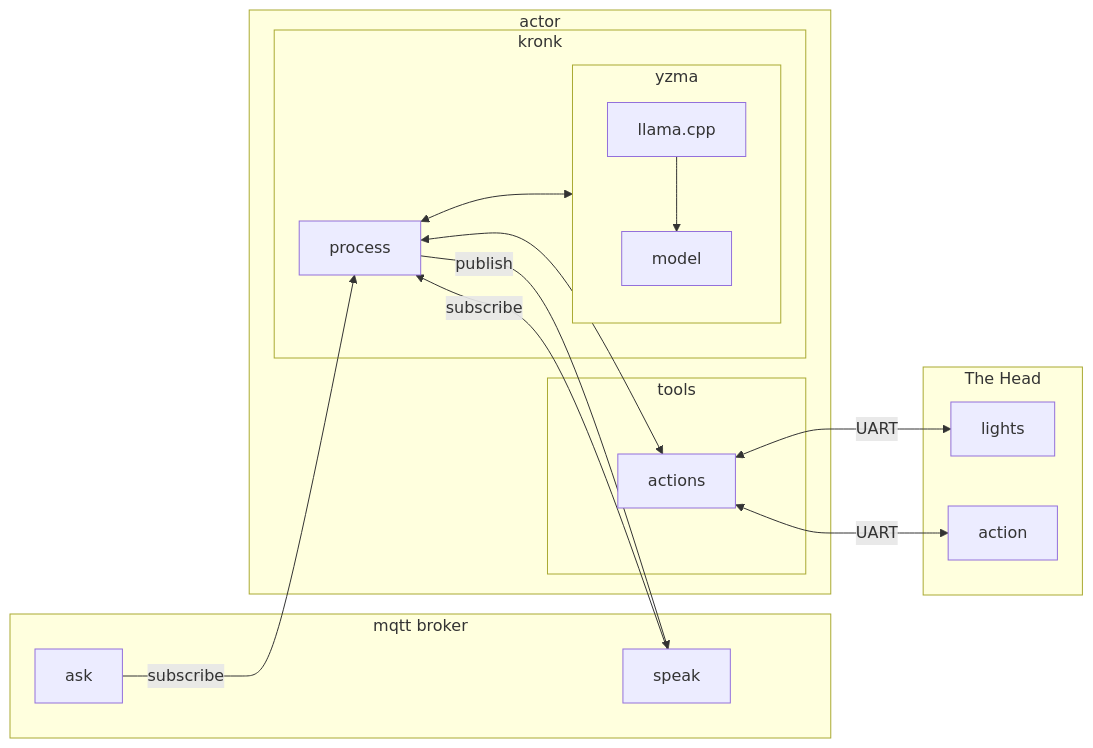
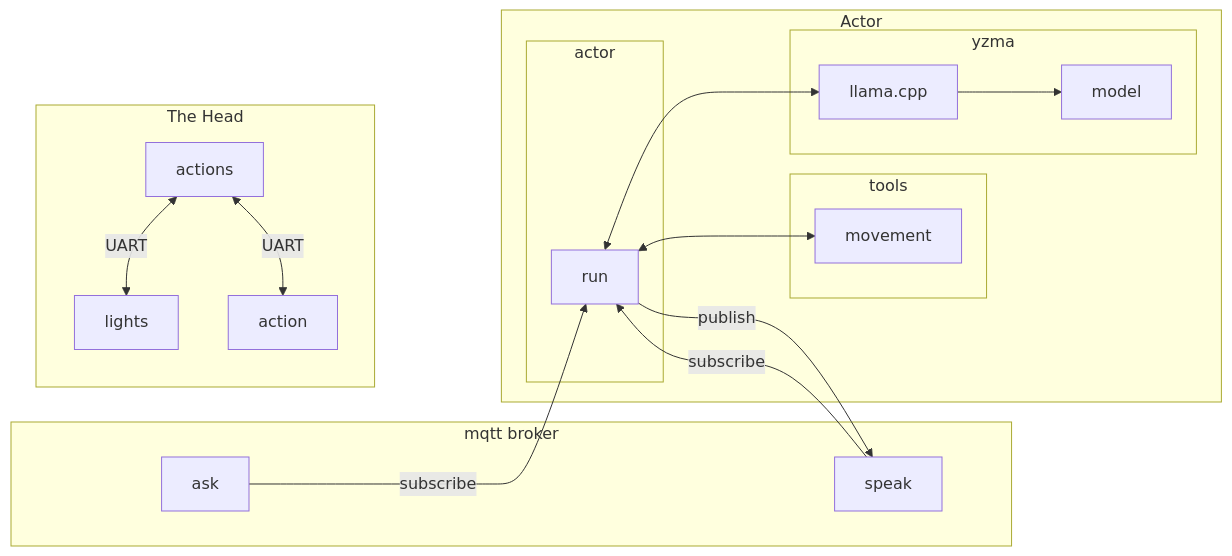
The second of 6 diagrams in README.md (deadprogram/talkingheads), drawn with Mermaid before and after one commit. The commit also changed other lines of this file, not shown here.

Commit message:
docs: update diagram and other useful information

````diff
--- a/README.md
+++ b/README.md
@@ -39,27 +39,26 @@
 ```mermaid
 flowchart LR
 subgraph mqtt broker
     ask
     speak
 end
-subgraph actor
-    subgraph kronk
-        process<-->yzma
+subgraph Actor
+    subgraph actor
+        run
     end
     subgraph tools
-        process<-->actions
-        actions
+        run<-->movement
     end
     subgraph yzma
-        llama.cpp
+        run<-->llama.cpp
         llama.cpp-->model
     end
-    ask-- subscribe -->process
-    process-- publish -->speak
-    speak-- subscribe -->process
+    ask-- subscribe -->run
+    run-- publish -->speak
+    speak-- subscribe -->run
 end
 subgraph The Head
     actions<-- UART -->lights
     actions<-- UART -->action
 end
 ```
````
